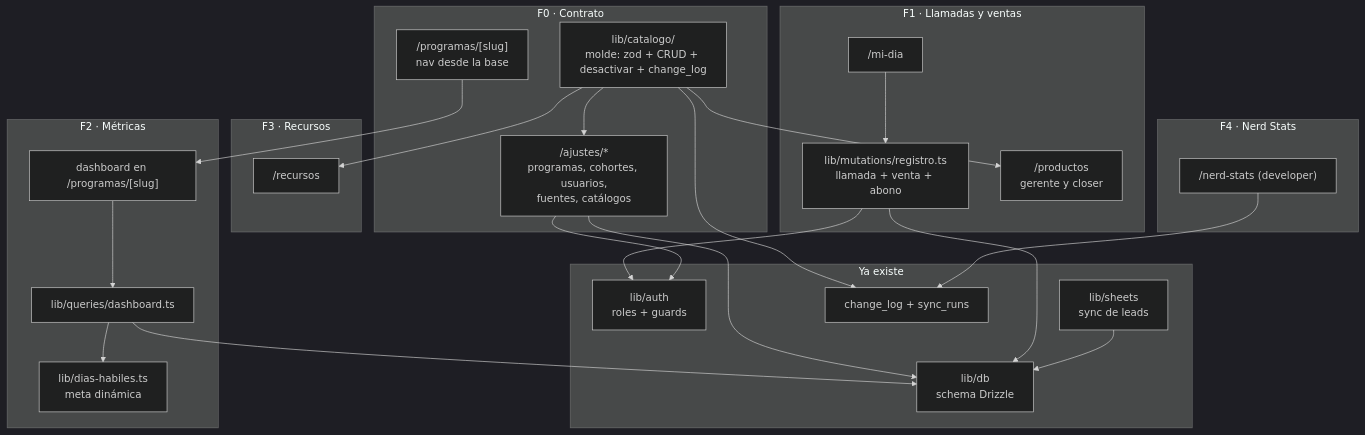
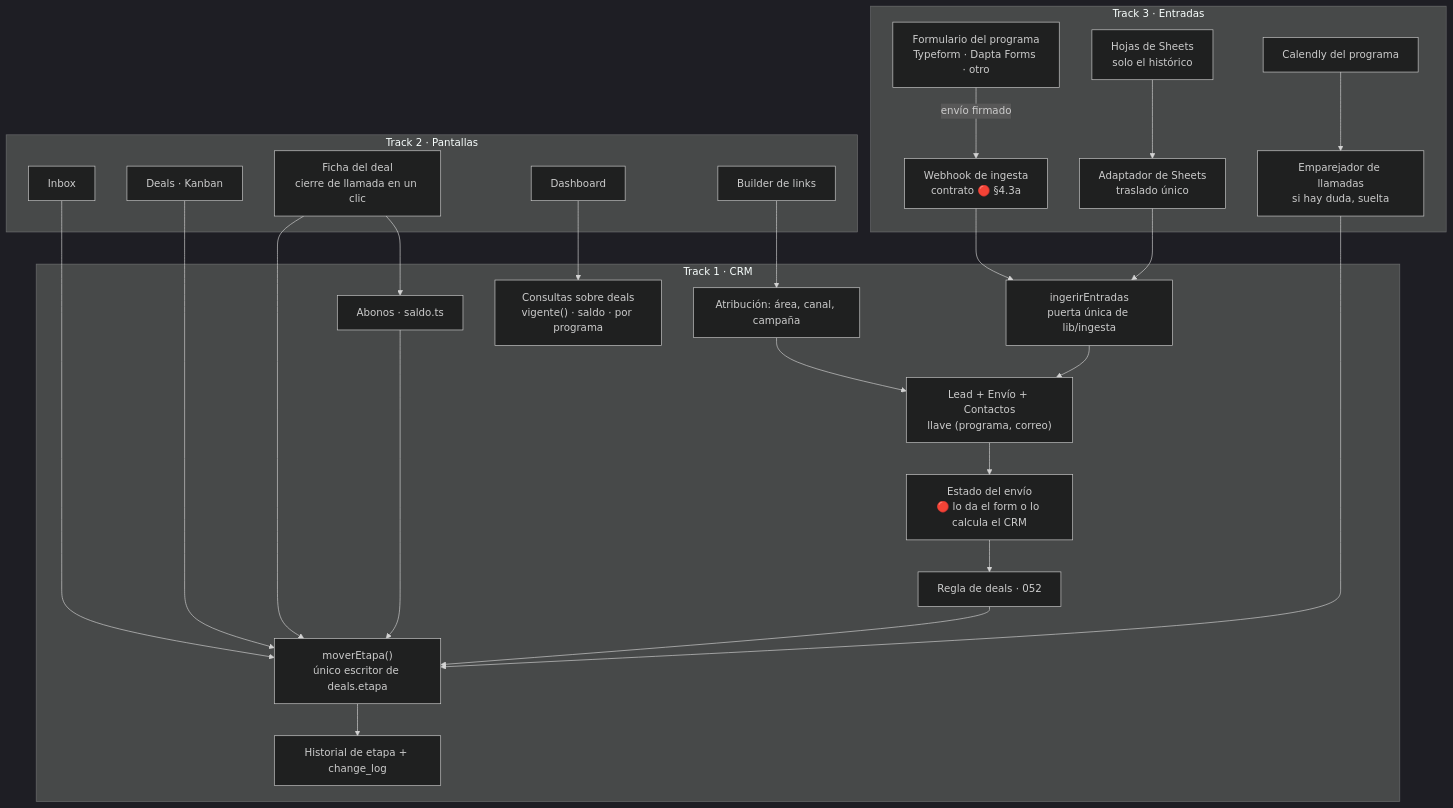
Before and after one commit to Retia-Agencia/retia-metrics: the diagram in docs/plan.md, drawn with Mermaid (dark theme). The commit also changed other lines of this file and 65 other files, not shown here.

````diff
--- a/docs/plan.md
+++ b/docs/plan.md
@@ -27,43 +83,44 @@
 ```mermaid
 flowchart TD
-    subgraph existe["Ya existe"]
-        Auth["lib/auth<br/>roles + guards"]
-        DB["lib/db<br/>schema Drizzle"]
-        Sync["lib/sheets<br/>sync de leads"]
-        Log["change_log + sync_runs"]
-    end
-    subgraph f0["F0 · Contrato"]
-        Cat["lib/catalogo/<br/>molde: zod + CRUD + desactivar + change_log"]
-        Prog["/programas/[slug]<br/>nav desde la base"]
-        Aj["/ajustes/*<br/>programas, cohortes, usuarios,<br/>fuentes, catálogos"]
-    end
-    subgraph f1["F1 · Llamadas y ventas"]
-        Mut["lib/mutations/registro.ts<br/>llamada + venta + abono"]
-        MiDia["/mi-dia"]
-        Productos["/productos<br/>gerente y closer"]
-    end
-    subgraph f2["F2 · Métricas"]
-        Hab["lib/dias-habiles.ts<br/>meta dinámica"]
-        Q["lib/queries/dashboard.ts"]
-        Dash["dashboard en /programas/[slug]"]
-    end
-    subgraph f3["F3 · Recursos"]
-        Rec["/recursos"]
-    end
-    subgraph f4["F4 · Nerd Stats"]
-        Nerd["/nerd-stats (developer)"]
-    end
-    Cat --> Aj
-    Cat --> Productos
-    Cat --> Rec
-    Aj --> DB
-    Cat --> Log
-    Prog --> Dash
-    MiDia --> Mut --> DB
-    Dash --> Q --> DB
-    Q --> Hab
-    Nerd --> Log
-    Sync --> DB
-    Mut --> Auth
-    Aj --> Auth
+  subgraph T3["Track 3 · Entradas"]
+    FORM["Formulario del programa<br/>Typeform · Dapta Forms · otro"]
+    WH["Webhook de ingesta<br/>contrato 🔴 §4.3a"]
+    HOJA["Hojas de Sheets<br/>solo el histórico"]
+    ADS["Adaptador de Sheets<br/>traslado único"]
+    CAL["Calendly del programa"]
+    EMP["Emparejador de llamadas<br/>si hay duda, suelta"]
+    FORM -->|"envío firmado"| WH
+    HOJA --> ADS
+    CAL --> EMP
+  end
+  subgraph T1["Track 1 · CRM"]
+    ING["ingerirEntradas<br/>puerta única de lib/ingesta"]
+    LEAD["Lead + Envío + Contactos<br/>llave (programa, correo)"]
+    CALIF["Estado del envío<br/>🔴 lo da el form o lo calcula el CRM"]
+    REGLA["Regla de deals · 052"]
+    MOTOR["moverEtapa()<br/>único escritor de deals.etapa"]
+    RASTRO["Historial de etapa + change_log"]
+    DINERO["Abonos · saldo.ts"]
+    ATRIB["Atribución: área, canal, campaña"]
+    Q["Consultas sobre deals<br/>vigente() · saldo · por programa"]
+    WH --> ING
+    ADS --> ING
+    ING --> LEAD --> CALIF --> REGLA --> MOTOR --> RASTRO
+    EMP --> MOTOR
+    DINERO --> MOTOR
+    ATRIB --> LEAD
+  end
+  subgraph T2["Track 2 · Pantallas"]
+    INBOX["Inbox"]
+    DEALS["Deals · Kanban"]
+    FICHA["Ficha del deal<br/>cierre de llamada en un clic"]
+    DASH["Dashboard"]
+    BUILDER["Builder de links"]
+    INBOX --> MOTOR
+    DEALS --> MOTOR
+    FICHA --> MOTOR
+    FICHA --> DINERO
+    DASH --> Q
+    BUILDER --> ATRIB
+  end
 ```
````
